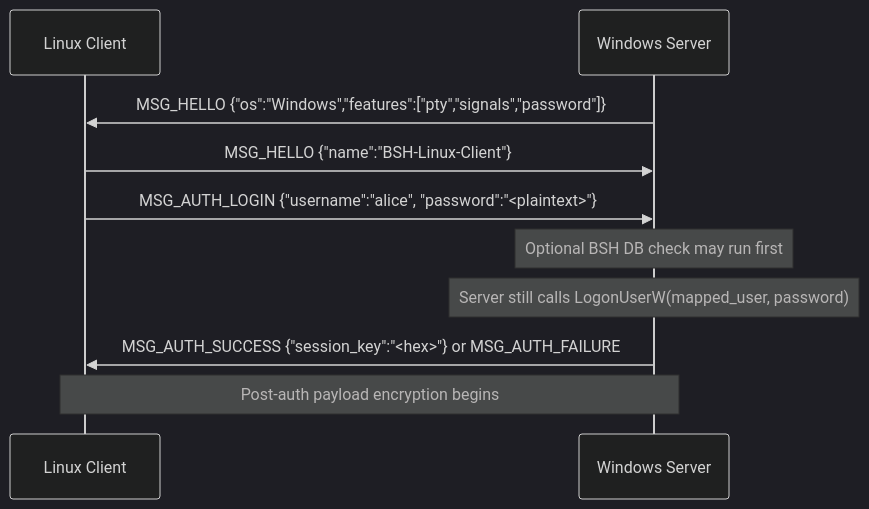
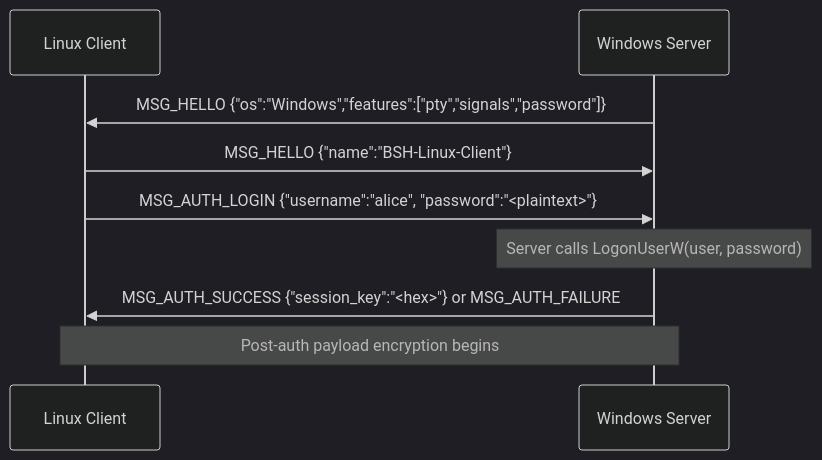
One commit to Hacker-SriDhar/OpenBSH changed the sixth of 9 diagrams in docs/protocol-security.md. Above: the diagram before and after it, drawn with Mermaid (dark theme). The commit also changed other lines of this file and 12 other files, not shown here.

````diff
--- a/docs/protocol-security.md
+++ b/docs/protocol-security.md
@@ -215,13 +210,12 @@
 ```mermaid
 sequenceDiagram
     participant LC as Linux Client
     participant WS as Windows Server
 
     WS->>LC: MSG_HELLO {"os":"Windows","features":["pty","signals","password"]}
     LC->>WS: MSG_HELLO {"name":"BSH-Linux-Client"}
     LC->>WS: MSG_AUTH_LOGIN {"username":"alice", "password":"<plaintext>"}
-    Note over WS: Optional BSH DB check may run first
-    Note over WS: Server still calls LogonUserW(mapped_user, password)
+    Note over WS: Server calls LogonUserW(user, password)
     WS->>LC: MSG_AUTH_SUCCESS {"session_key":"<hex>"} or MSG_AUTH_FAILURE
     Note over LC,WS: Post-auth payload encryption begins
 ```
````
